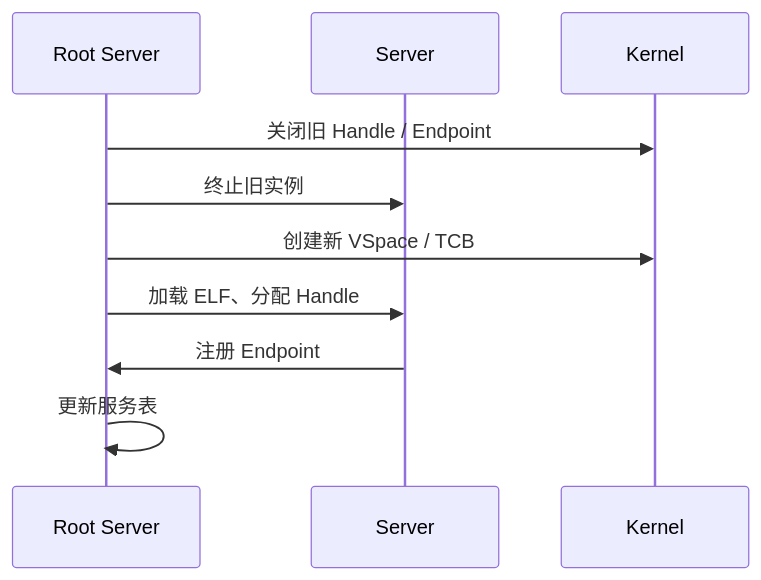
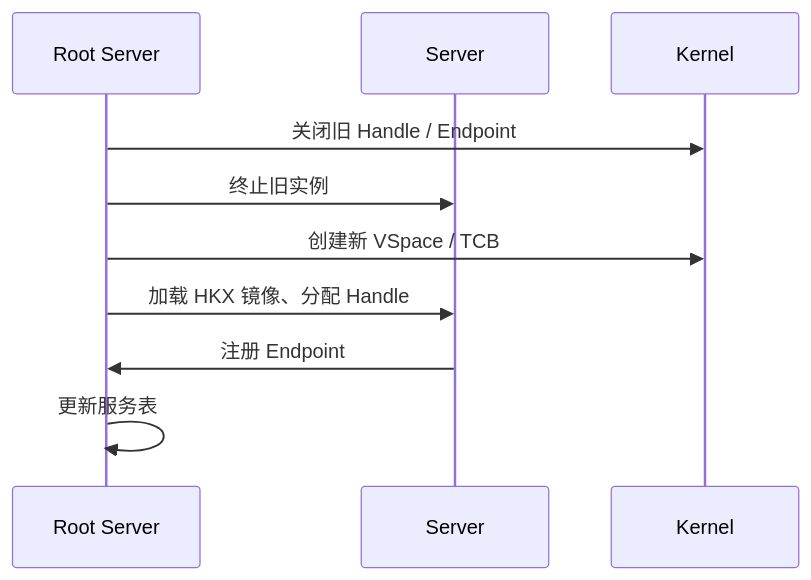
One commit to hongweifei/HolyKernel changed the second of 2 diagrams in docs/servers.md. Above: the diagram before and after it, drawn with Mermaid. The commit also changed other lines of this file and 24 other files, not shown here.

````diff
--- a/docs/servers.md
+++ b/docs/servers.md
@@ -190,12 +193,12 @@
 ```mermaid
 sequenceDiagram
     participant Root as Root Server
     participant Svc as Server
     participant K as Kernel
     Root->>K: 关闭旧 Handle / Endpoint
     Root->>Svc: 终止旧实例
     Root->>K: 创建新 VSpace / TCB
-    Root->>Svc: 加载 ELF、分配 Handle
+    Root->>Svc: 加载 HKX 镜像、分配 Handle
     Svc->>Root: 注册 Endpoint
     Root->>Root: 更新服务表
 ```
````
